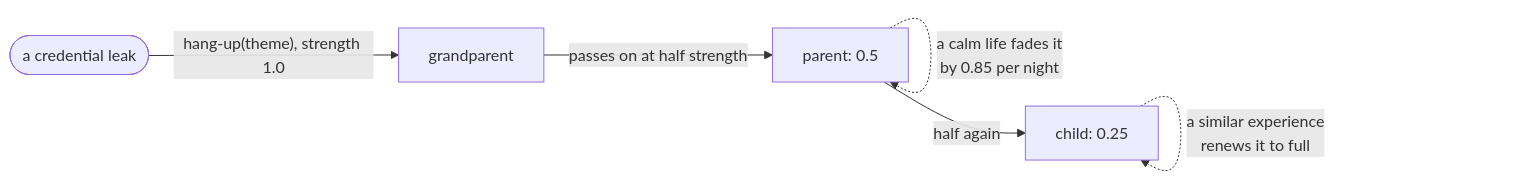
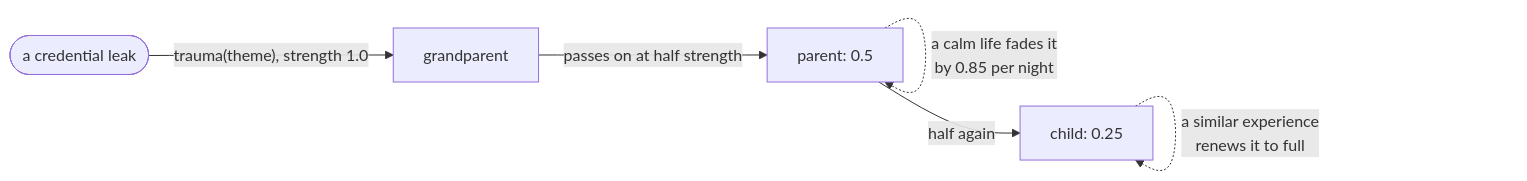
One commit to TheHaymaker/Ensemble-of-memories changed the fifth of 5 diagrams in README.md. Above: the diagram before and after it, drawn with Mermaid. The commit also changed other lines of this file and 14 other files, not shown here.

````diff
--- a/README.md
+++ b/README.md
@@ -147,8 +148,8 @@
 ```mermaid
 flowchart LR
-    E(["a credential leak"]) -->|"hang-up(theme), strength 1.0"| G["grandparent"]
+    E(["a credential leak"]) -->|"trauma(theme), strength 1.0"| G["grandparent"]
     G -->|"passes on at half strength"| P["parent: 0.5"]
     P -->|"half again"| C["child: 0.25"]
     P -. "a calm life fades it<br/>by 0.85 per night" .-> P
     C -. "a similar experience<br/>renews it to full" .-> C
 ```
````
